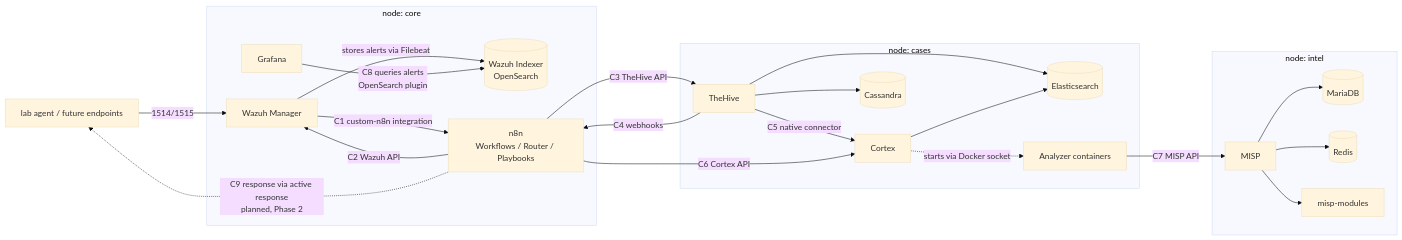
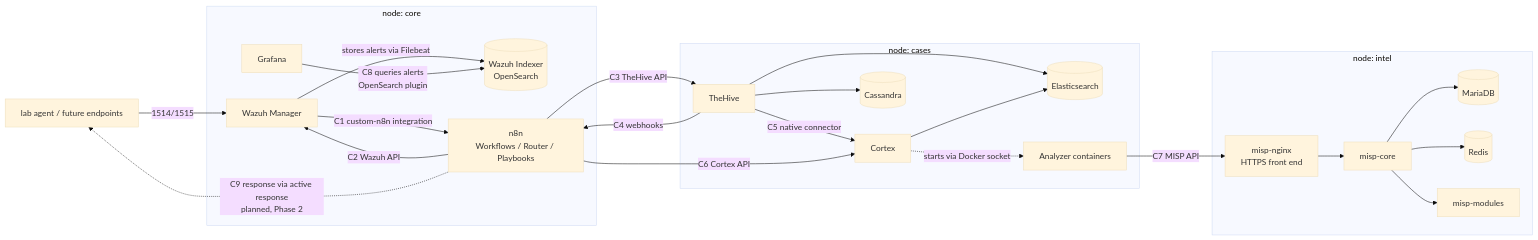
Before and after one commit to poinsot/asox-soc: the diagram in PROJECT.md, drawn with Mermaid (base theme). The commit also changed other lines of this file and 2 other files, not shown here.

````diff
--- a/PROJECT.md
+++ b/PROJECT.md
@@ -75,34 +75,35 @@
 ```mermaid
 flowchart LR
     LAB[lab agent / future endpoints] -->|1514/1515| WM
 
     subgraph CORE[node: core]
         WM[Wazuh Manager] -->|stores alerts via Filebeat| WI[(Wazuh Indexer<br/>OpenSearch)]
         N8N[n8n<br/>Workflows / Router / Playbooks]
         GF[Grafana]
         WM -->|C1 custom-n8n integration| N8N
         N8N -->|C2 Wazuh API| WM
         GF -->|C8 queries alerts<br/>OpenSearch plugin| WI
     end
 
     N8N -.->|C9 response via active response<br/>planned, Phase 2| LAB
 
     subgraph CASES[node: cases]
         TH[TheHive] -->|C5 native connector| CX[Cortex]
         TH --> ES[(Elasticsearch)]
         CX --> ES
         TH --> CS[(Cassandra)]
         CX -.->|starts via Docker socket| AN[Analyzer containers]
     end
 
     subgraph INTEL[node: intel]
-        MISP[MISP] --> MDB[(MariaDB)]
+        MN[misp-nginx<br/>HTTPS front end] --> MISP[misp-core]
+        MISP --> MDB[(MariaDB)]
         MISP --> RD[(Redis)]
         MISP --> MM[misp-modules]
     end
 
     N8N -->|C3 TheHive API| TH
     TH -->|C4 webhooks| N8N
     N8N -->|C6 Cortex API| CX
-    AN -->|C7 MISP API| MISP
+    AN -->|C7 MISP API| MN
 ```
````
